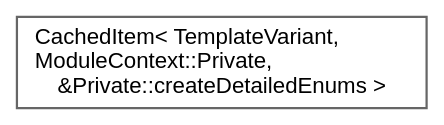
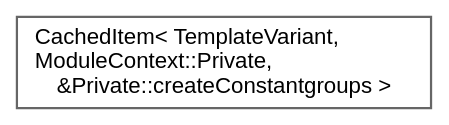
The diagram in inherit_graph_203.dot (Mu-L/doxygen), drawn with Graphviz before and after one commit. The commit also changed 4545 other files, not shown here.

```diff
--- a/inherit_graph_203.dot
+++ b/inherit_graph_203.dot
@@ -1,10 +1,10 @@
 digraph "Graphical Class Hierarchy"
 {
  // INTERACTIVE_SVG=YES
  // LATEX_PDF_SIZE
   bgcolor="transparent";
   edge [fontname=Helvetica,fontsize=10,labelfontname=Helvetica,labelfontsize=10];
   node [fontname=Helvetica,fontsize=10,shape=box,height=0.2,width=0.4];
   rankdir="LR";
-  Node0 [label="CachedItem\< TemplateVariant,\l ModuleContext::Private,\l &Private::createDetailedEnums \>",height=0.2,width=0.4,color="grey40", fillcolor="white", style="filled",URL="$d7/dc1/class_cached_item.html",tooltip=" "];
+  Node0 [label="CachedItem\< TemplateVariant,\l ModuleContext::Private,\l &Private::createConstantgroups \>",height=0.2,width=0.4,color="grey40", fillcolor="white", style="filled",URL="$d7/dc1/class_cached_item.html",tooltip=" "];
 }
```
